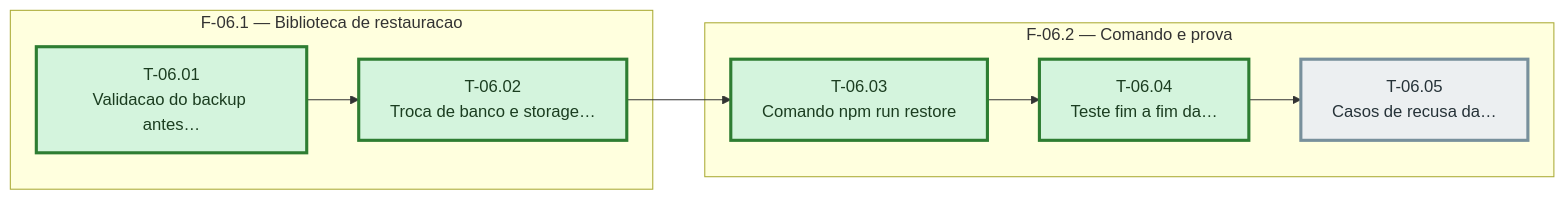
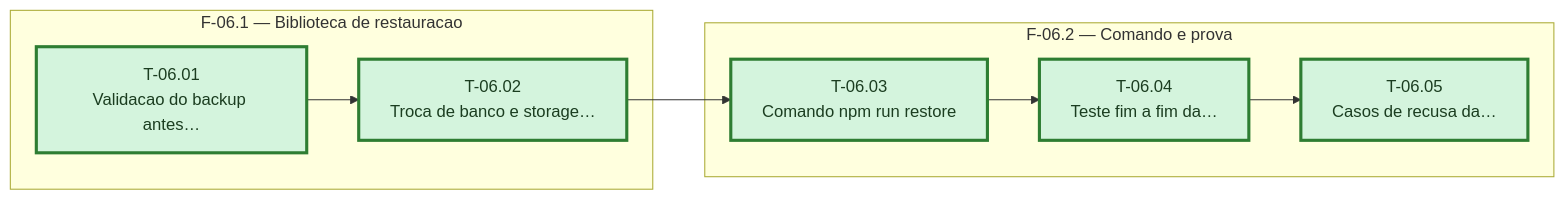
Before and after one commit to bittencourtthulio/converse-chatbot: the diagram in docs/operacao-e-backup/sprint-06/fases.md, drawn with Mermaid. The commit also changed other lines of this file and 3 other files, not shown here.

````diff
--- a/docs/operacao-e-backup/sprint-06/fases.md
+++ b/docs/operacao-e-backup/sprint-06/fases.md
@@ -31,30 +31,30 @@
 ```mermaid
 %% Grafo de tasks — sprint-06 — gerado pela sprintx a partir de tasks.md
 flowchart LR
   subgraph fase_06_1["F-06.1 — Biblioteca de restauracao"]
     T_06_01["T-06.01<br/>Validacao do backup antes…"]
     T_06_02["T-06.02<br/>Troca de banco e storage…"]
   end
   subgraph fase_06_2["F-06.2 — Comando e prova"]
     T_06_03["T-06.03<br/>Comando npm run restore"]
     T_06_04["T-06.04<br/>Teste fim a fim da…"]
     T_06_05["T-06.05<br/>Casos de recusa da…"]
   end
   T_06_01 --> T_06_02
   T_06_02 --> T_06_03
   T_06_03 --> T_06_04
   T_06_04 --> T_06_05
 
   classDef concluida fill:#d4f4dd,stroke:#2e7d32,color:#1b3d20
   classDef andamento fill:#fff3cd,stroke:#b8860b,color:#4a3800
   classDef bloqueada fill:#f8d7da,stroke:#c62828,color:#4a1d1f
   classDef pendente  fill:#eceff1,stroke:#78909c,color:#263238
   classDef critico   stroke-width:3px
 
   class T_06_01 concluida
   class T_06_02 concluida
   class T_06_03 concluida
   class T_06_04 concluida
-  class T_06_05 pendente
+  class T_06_05 concluida
   class T_06_05,T_06_04,T_06_03,T_06_02,T_06_01 critico
 ```
````
